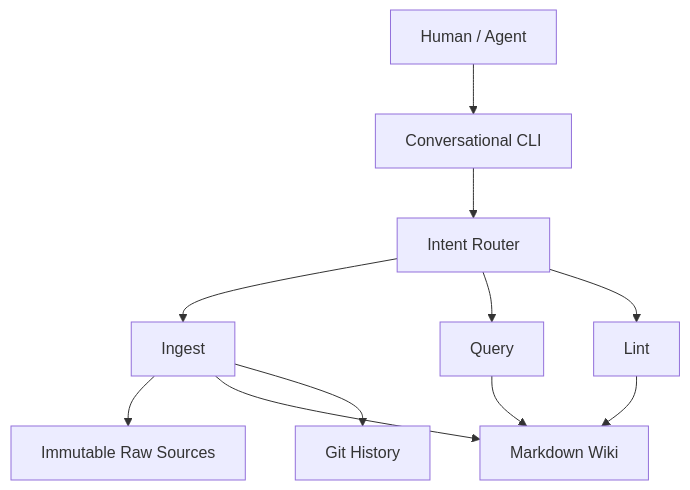
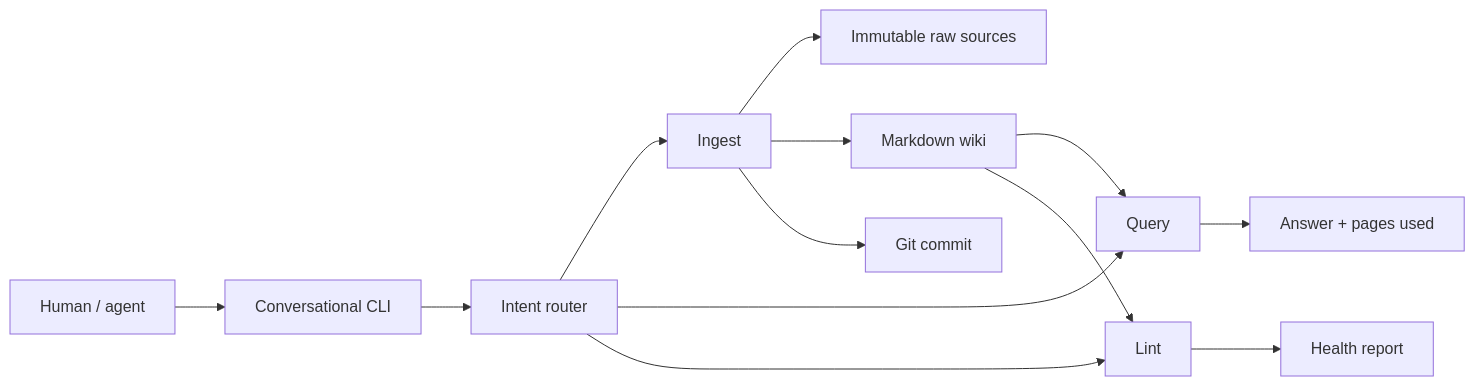
One commit to WajeehGillani/goflyn changed the diagram in ARCHITECTURE.md. Above: the diagram before and after it, drawn with Mermaid. The commit also changed other lines of this file and 12 other files, not shown here.

````diff
--- a/ARCHITECTURE.md
+++ b/ARCHITECTURE.md
@@ -19,13 +7,15 @@
 ```mermaid
-flowchart TD
-    U[Human / Agent] --> C[Conversational CLI]
-    C --> R[Intent Router]
+flowchart LR
+    U[Human / agent] --> C[Conversational CLI]
+    C --> R[Intent router]
     R --> I[Ingest]
     R --> Q[Query]
     R --> L[Lint]
-    I --> S[Immutable Raw Sources]
-    I --> W[Markdown Wiki]
-    I --> G[Git History]
-    Q --> W
-    L --> W
+    I --> S[Immutable raw sources]
+    I --> W[Markdown wiki]
+    I --> G[Git commit]
+    W --> Q
+    W --> L
+    Q --> A[Answer + pages used]
+    L --> H[Health report]
 ```
````
